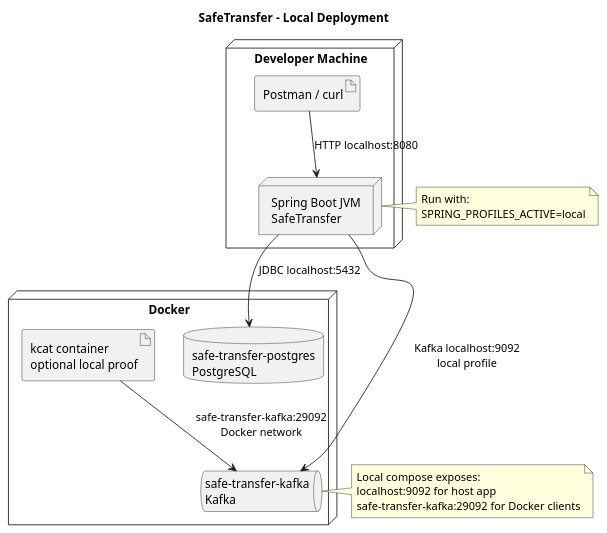
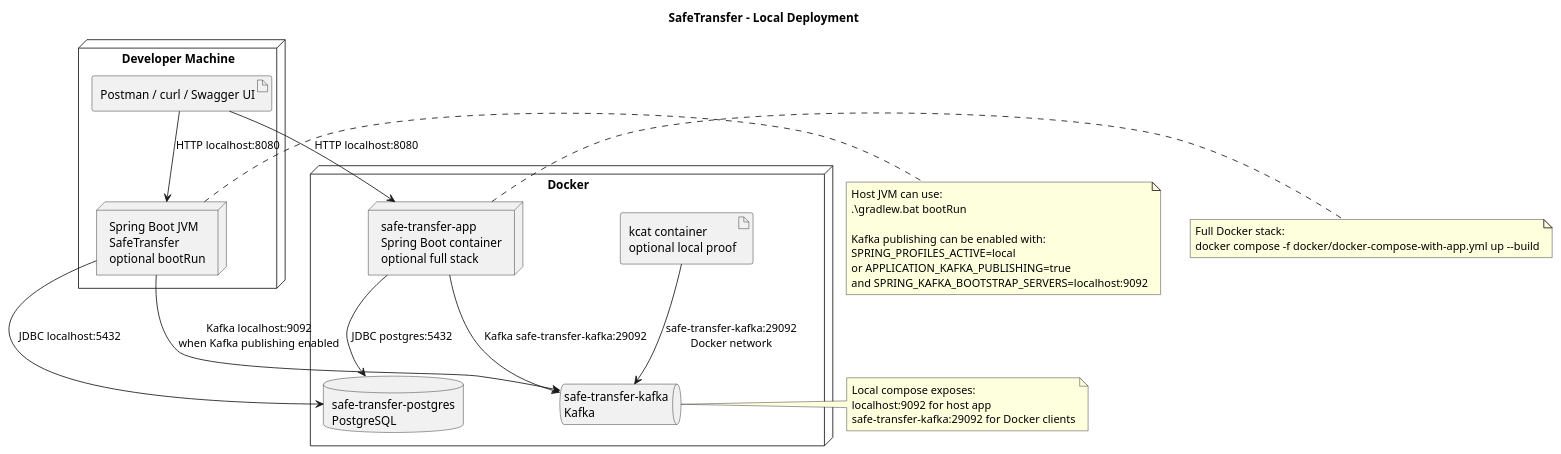
The diagram in architecture/deployment-local.puml (ngnowak/safe-transfer), drawn with PlantUML before and after one commit. The commit also changed 7 other files, not shown here.

Commit message:
XXX(007): update diagram

```diff
--- a/architecture/deployment-local.puml
+++ b/architecture/deployment-local.puml
@@ -1,34 +1,48 @@
 @startuml SafeTransfer Local Deployment
 title SafeTransfer - Local Deployment
 
 skinparam shadowing false
 skinparam nodeStyle rectangle
 
 node "Developer Machine" as DevMachine {
-  artifact "Postman / curl" as Client
-  node "Spring Boot JVM\nSafeTransfer" as App
+  artifact "Postman / curl / Swagger UI" as Client
+  node "Spring Boot JVM\nSafeTransfer\noptional bootRun" as App
 }
 
 node "Docker" as Docker {
+  node "safe-transfer-app\nSpring Boot container\noptional full stack" as AppContainer
   database "safe-transfer-postgres\nPostgreSQL" as Postgres
   queue "safe-transfer-kafka\nKafka" as Kafka
   artifact "kcat container\noptional local proof" as Kcat
 }
 
 Client --> App : HTTP localhost:8080
+Client --> AppContainer : HTTP localhost:8080
 App --> Postgres : JDBC localhost:5432
-App --> Kafka : Kafka localhost:9092\nlocal profile
+App --> Kafka : Kafka localhost:9092\nwhen Kafka publishing enabled
+AppContainer --> Postgres : JDBC postgres:5432
+AppContainer --> Kafka : Kafka safe-transfer-kafka:29092
 Kcat --> Kafka : safe-transfer-kafka:29092\nDocker network
 
 note right of App
-  Run with:
+  Host JVM can use:
+  .\gradlew.bat bootRun
+
+  Kafka publishing can be enabled with:
   SPRING_PROFILES_ACTIVE=local
+  or APPLICATION_KAFKA_PUBLISHING=true
+  and SPRING_KAFKA_BOOTSTRAP_SERVERS=localhost:9092
+end note
+
+note right of AppContainer
+  Full Docker stack:
+  docker compose -f docker/docker-compose-with-app.yml up --build
 end note
 
 note right of Kafka
   Local compose exposes:
   localhost:9092 for host app
   safe-transfer-kafka:29092 for Docker clients
 end note
 
 @enduml
```
